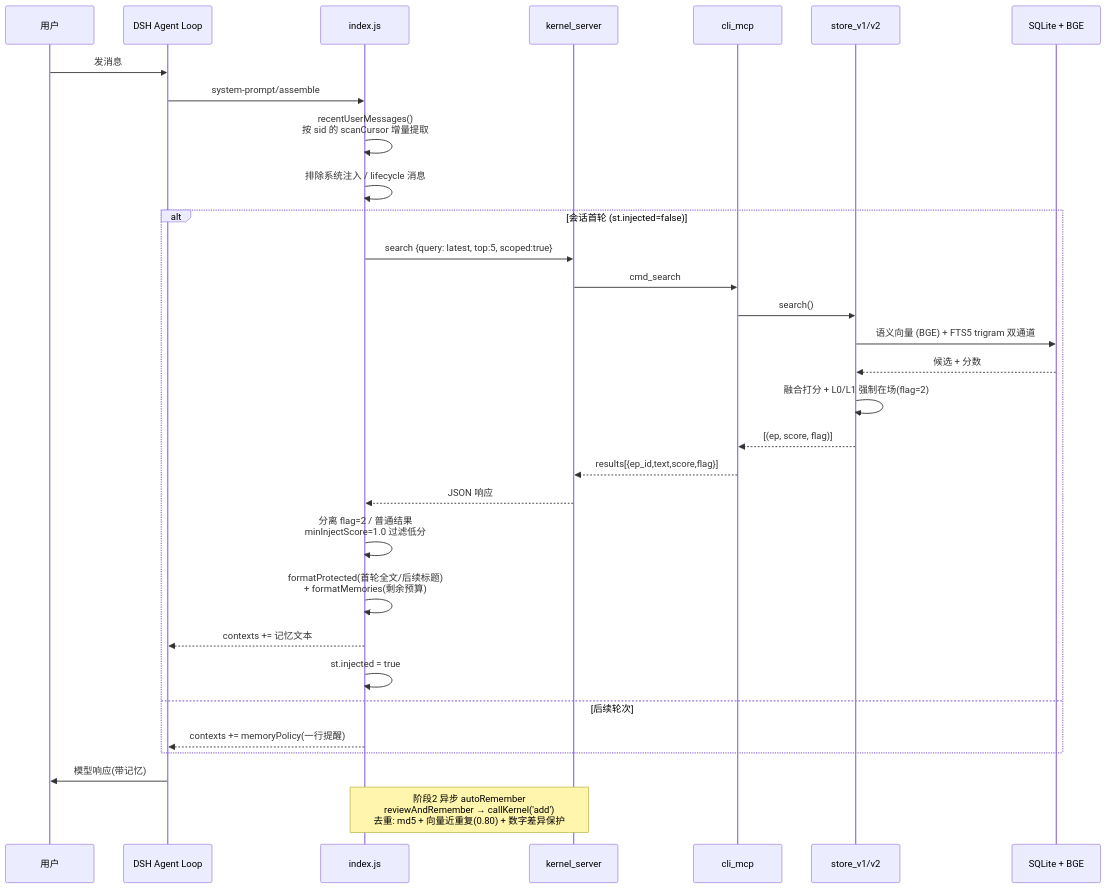
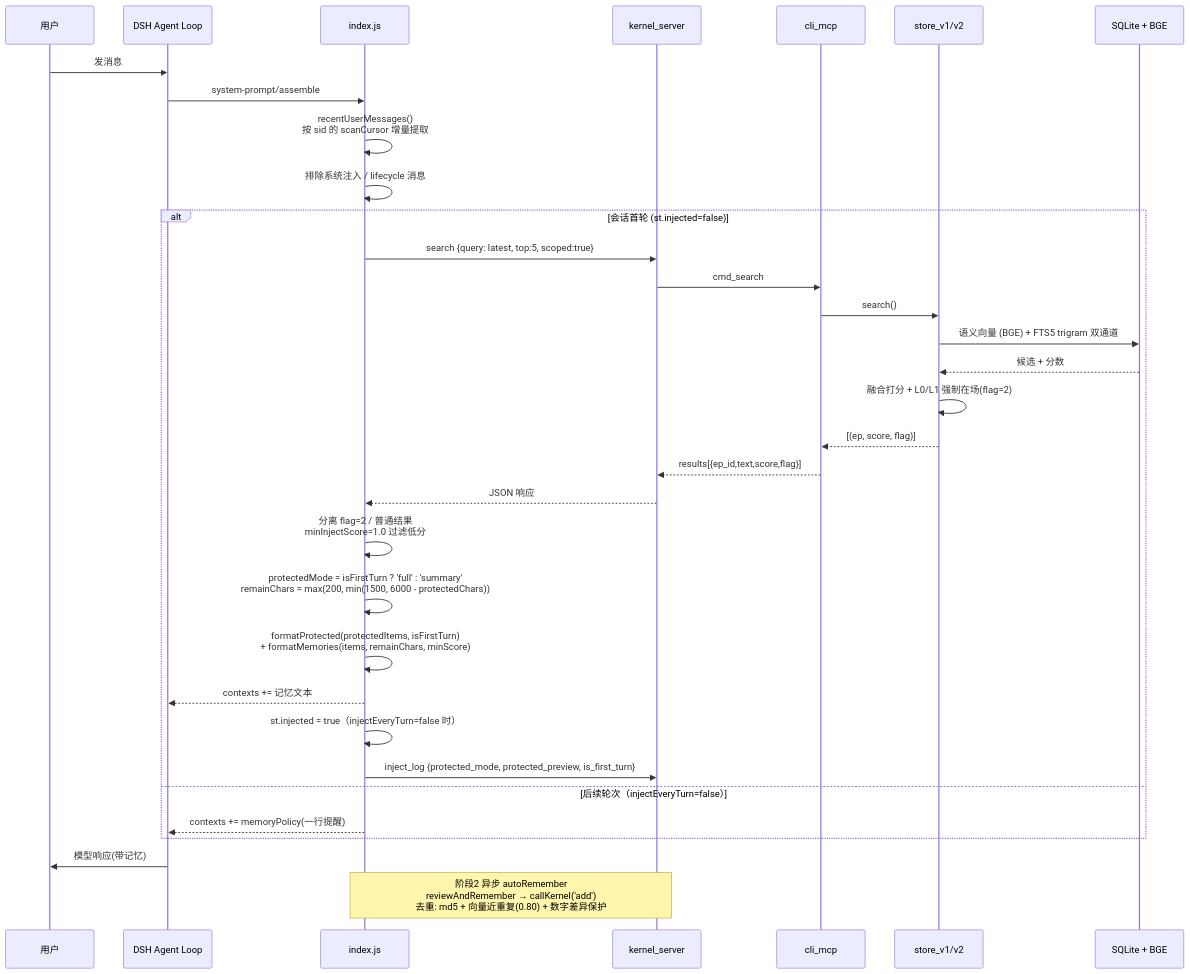
The second of 5 diagrams in docs/architecture-and-model.md (Roxy-DD/fatfish-heart), drawn with Mermaid before and after one commit. The commit also changed other lines of this file and 12 other files, not shown here.

````diff
--- a/docs/architecture-and-model.md
+++ b/docs/architecture-and-model.md
@@ -95,34 +95,36 @@
 ```mermaid
 sequenceDiagram
     participant U as 用户
     participant H as DSH Agent Loop
     participant P as index.js
     participant K as kernel_server
     participant C as cli_mcp
     participant S as store_v1/v2
     participant D as SQLite + BGE
 
     U->>H: 发消息
     H->>P: system-prompt/assemble
     P->>P: recentUserMessages()<br/>按 sid 的 scanCursor 增量提取
     P->>P: 排除系统注入 / lifecycle 消息
     alt 会话首轮 (st.injected=false)
         P->>K: search {query: latest, top:5, scoped:true}
         K->>C: cmd_search
         C->>S: search()
         S->>D: 语义向量 (BGE) + FTS5 trigram 双通道
         D-->>S: 候选 + 分数
         S->>S: 融合打分 + L0/L1 强制在场(flag=2)
         S-->>C: [(ep, score, flag)]
         C-->>K: results[{ep_id,text,score,flag}]
         K-->>P: JSON 响应
         P->>P: 分离 flag=2 / 普通结果<br/>minInjectScore=1.0 过滤低分
-        P->>P: formatProtected(首轮全文/后续标题)<br/>+ formatMemories(剩余预算)
+        P->>P: protectedMode = isFirstTurn ? 'full' : 'summary'<br/>remainChars = max(200, min(1500, 6000 - protectedChars))
+        P->>P: formatProtected(protectedItems, isFirstTurn)<br/>+ formatMemories(items, remainChars, minScore)
         P-->>H: contexts += 记忆文本
-        P->>P: st.injected = true
-    else 后续轮次
+        P->>P: st.injected = true（injectEveryTurn=false 时）
+        P->>K: inject_log {protected_mode, protected_preview, is_first_turn}
+    else 后续轮次（injectEveryTurn=false）
         P-->>H: contexts += memoryPolicy(一行提醒)
     end
     H->>U: 模型响应(带记忆)
     Note over P,K: 阶段2 异步 autoRemember<br/>reviewAndRemember → callKernel('add')<br/>去重: md5 + 向量近重复(0.80) + 数字差异保护
 ```
````
